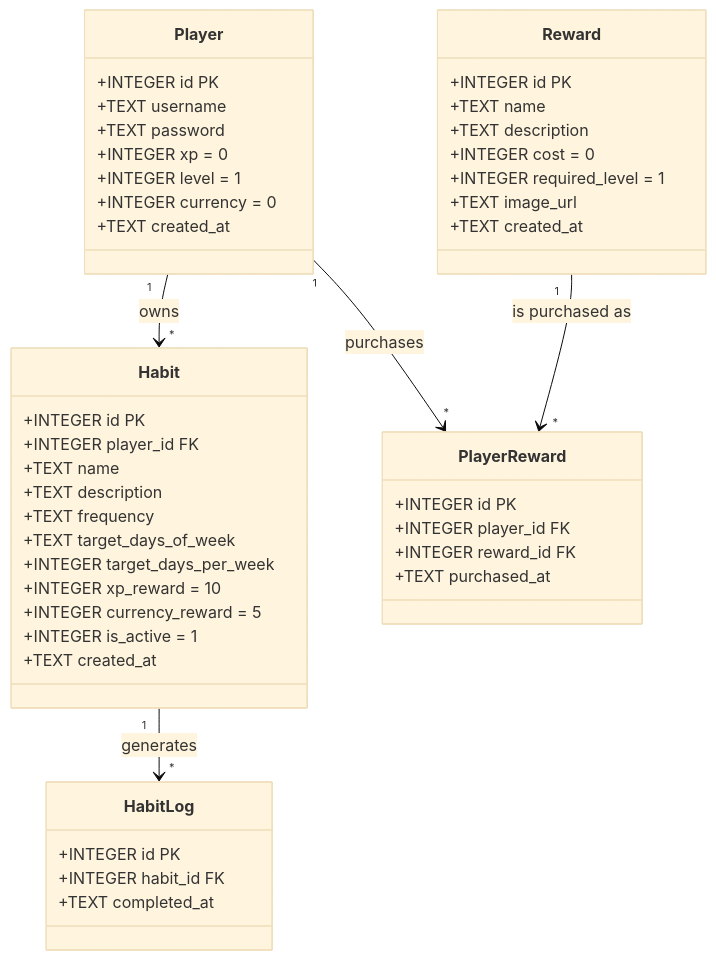
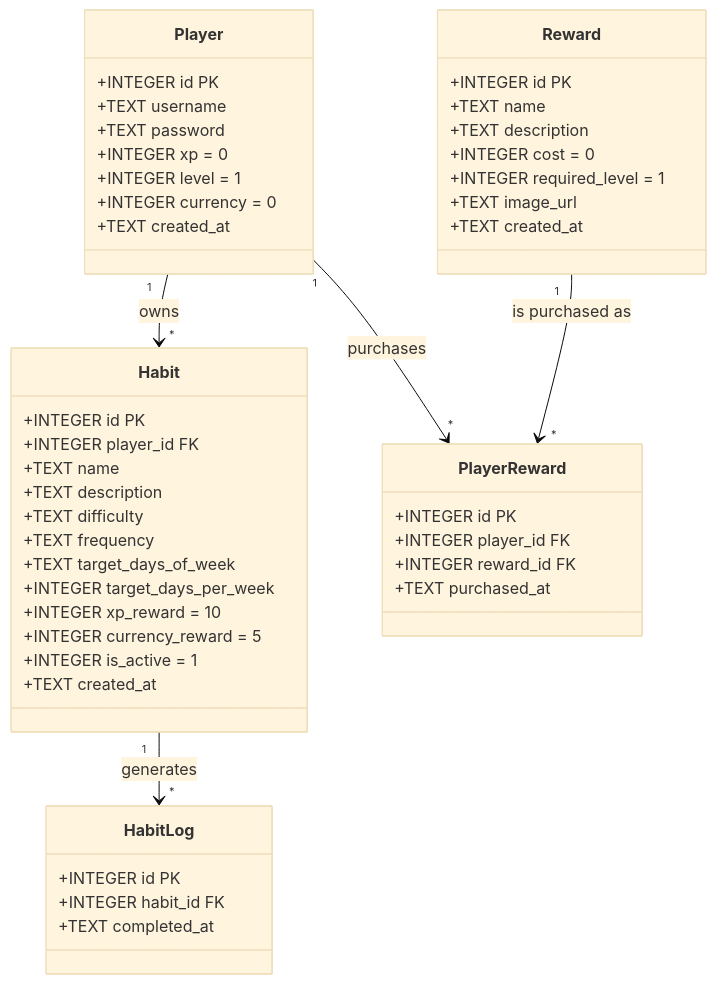
The diagram in docs/diagrams/class-diagram.md (Promatheusz/habit-tracker), drawn with Mermaid (base theme) before and after one commit. The commit also changed 47 other files, not shown here.

````diff
--- a/docs/diagrams/class-diagram.md
+++ b/docs/diagrams/class-diagram.md
@@ -5,56 +5,57 @@
 ```mermaid
 classDiagram
     direction TB
 
     class Player {
         +INTEGER id PK
         +TEXT username
         +TEXT password
         +INTEGER xp = 0
         +INTEGER level = 1
         +INTEGER currency = 0
         +TEXT created_at
     }
 
     class Habit {
         +INTEGER id PK
         +INTEGER player_id FK
         +TEXT name
         +TEXT description
+        +TEXT difficulty
         +TEXT frequency
         +TEXT target_days_of_week
         +INTEGER target_days_per_week
         +INTEGER xp_reward = 10
         +INTEGER currency_reward = 5
         +INTEGER is_active = 1
         +TEXT created_at
     }
 
     class HabitLog {
         +INTEGER id PK
         +INTEGER habit_id FK
         +TEXT completed_at
     }
 
     class Reward {
         +INTEGER id PK
         +TEXT name
         +TEXT description
         +INTEGER cost = 0
         +INTEGER required_level = 1
         +TEXT image_url
         +TEXT created_at
     }
 
     class PlayerReward {
         +INTEGER id PK
         +INTEGER player_id FK
         +INTEGER reward_id FK
         +TEXT purchased_at
     }
 
     Player "1" --> "*" Habit : owns
     Habit "1" --> "*" HabitLog : generates
     Player "1" --> "*" PlayerReward : purchases
     Reward "1" --> "*" PlayerReward : is purchased as
 ```
````
